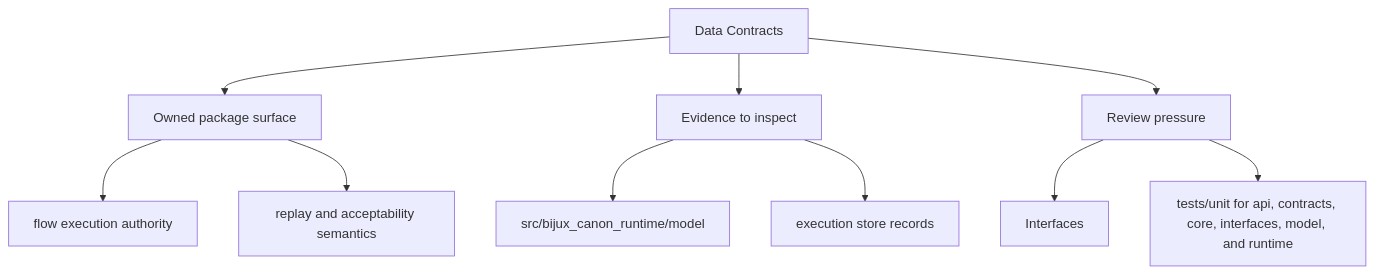
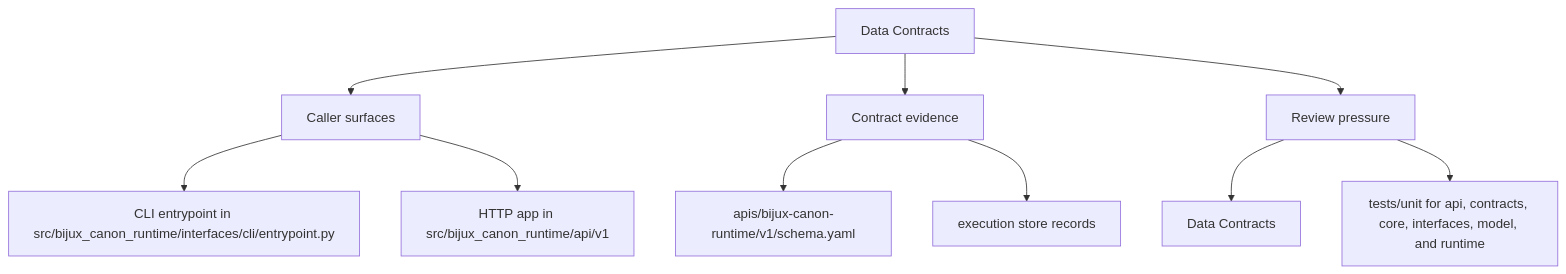
The second of 2 diagrams in docs/bijux-canon-runtime/interfaces/data-contracts.md (bijux/bijux-canon), drawn with Mermaid before and after one commit. The commit also changed other lines of this file and 250 other files, not shown here.

Commit message:
docs(diagrams): make product page maps more readable

````diff
--- a/docs/bijux-canon-runtime/interfaces/data-contracts.md
+++ b/docs/bijux-canon-runtime/interfaces/data-contracts.md
@@ -35,22 +35,22 @@
 ```mermaid
 flowchart TD
     page["Data Contracts"]
-    focus1["Owned package surface"]
+    focus1["Caller surfaces"]
     page --> focus1
-    focus1_1["flow execution authority"]
+    focus1_1["CLI entrypoint in src/bijux_canon_runtime/interfaces/cli/entrypoint.py"]
     focus1 --> focus1_1
-    focus1_2["replay and acceptability semantics"]
+    focus1_2["HTTP app in src/bijux_canon_runtime/api/v1"]
     focus1 --> focus1_2
-    focus2["Evidence to inspect"]
+    focus2["Contract evidence"]
     page --> focus2
-    focus2_1["src/bijux_canon_runtime/model"]
+    focus2_1["apis/bijux-canon-runtime/v1/schema.yaml"]
     focus2 --> focus2_1
     focus2_2["execution store records"]
     focus2 --> focus2_2
     focus3["Review pressure"]
     page --> focus3
-    focus3_1["Interfaces"]
+    focus3_1["Data Contracts"]
     focus3 --> focus3_1
     focus3_2["tests/unit for api, contracts, core, interfaces, model, and runtime"]
     focus3 --> focus3_2
 ```
````
